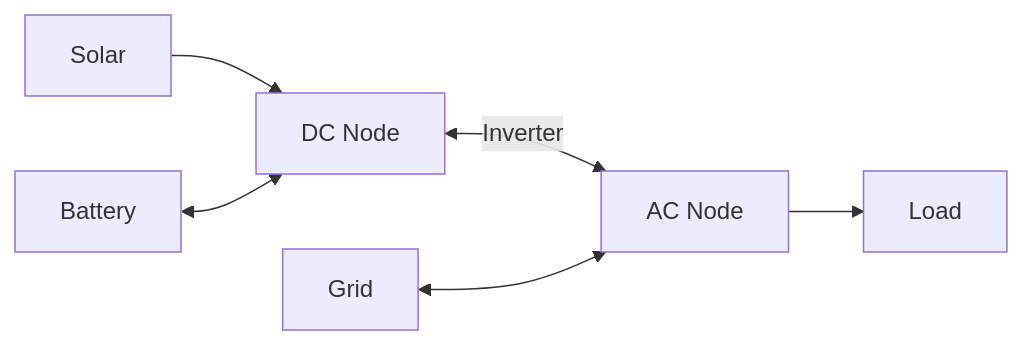
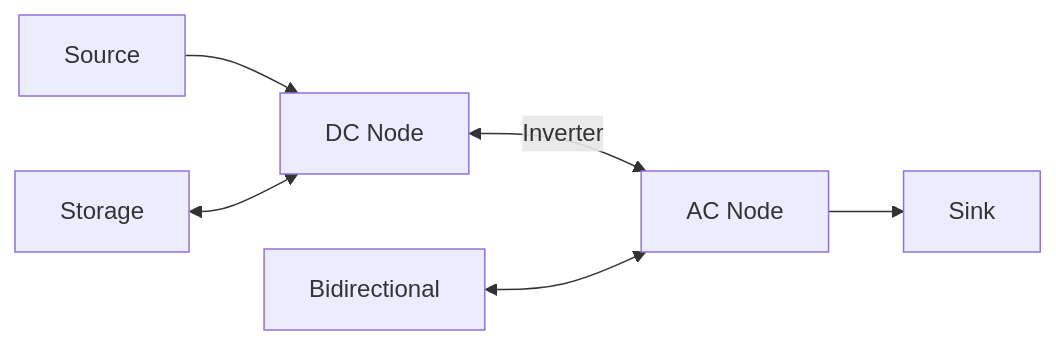
Before and after one commit to hass-energy/haeo: the second of 3 diagrams in docs/user-guide/elements/node.md, drawn with Mermaid. The commit also changed other lines of this file and 18 other files, not shown here.

````diff
--- a/docs/user-guide/elements/node.md
+++ b/docs/user-guide/elements/node.md
@@ -51,11 +106,11 @@
 ```mermaid
 graph LR
-    Solar-->DC[DC Node]
-    Battery<-->DC
+    Source[Source] --> DC[DC Node]
+    Storage[Storage] <--> DC
     DC<-->|Inverter|AC[AC Node]
-    Grid<-->AC
-    AC-->Load
+    Bidirectional[Bidirectional] <--> AC
+    AC-->Sink[Sink]
 
     class DC dc
     class AC ac
 ```
````
